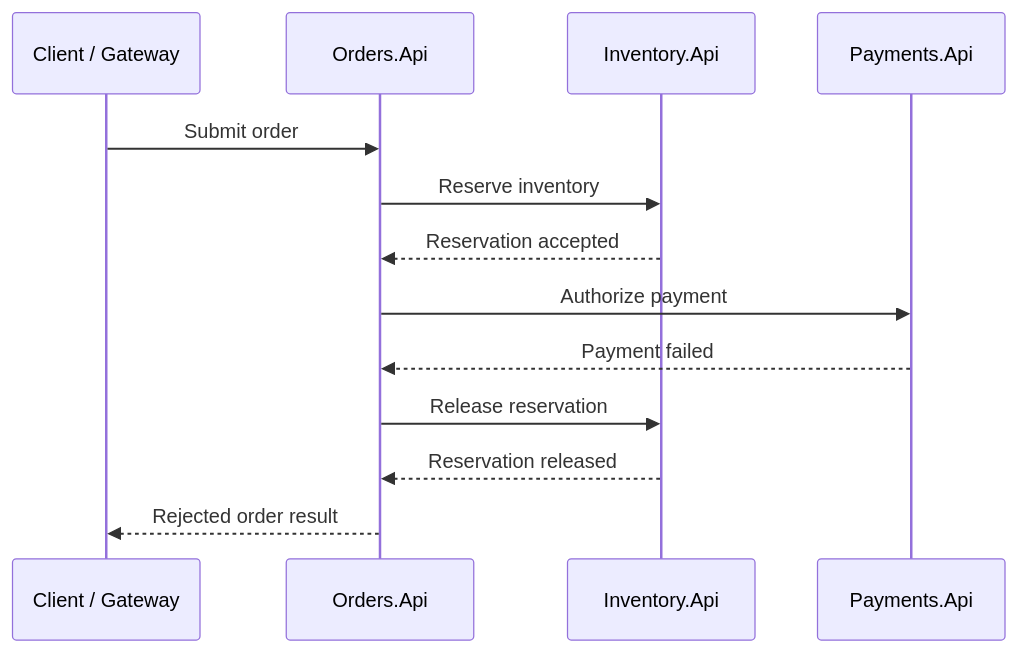
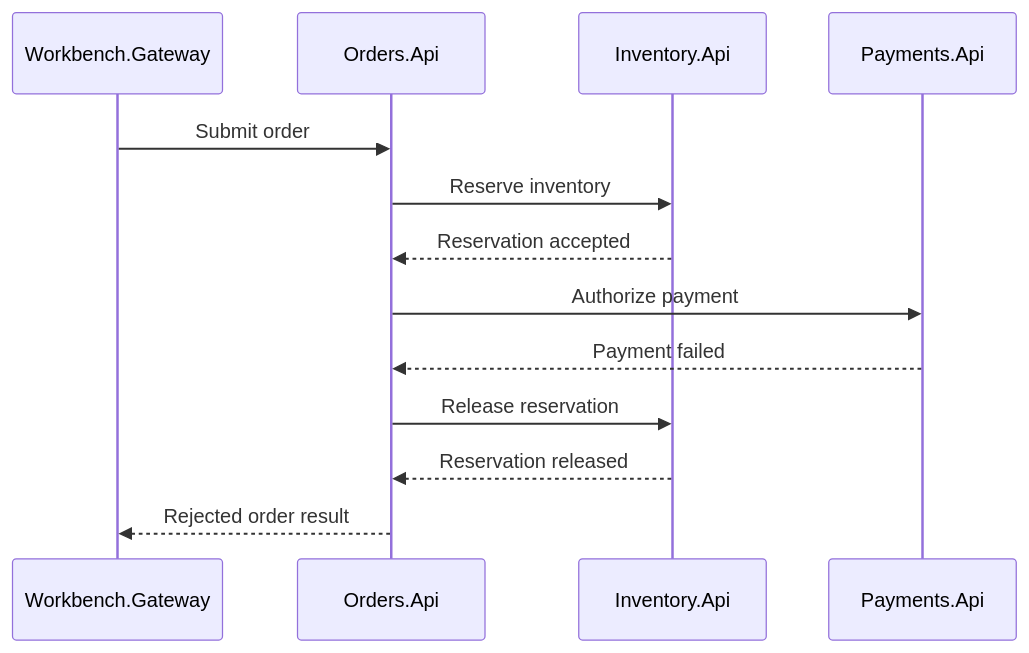
The third of 3 diagrams in docs/02-microservices-design.md (petesramek/microservices-vs-virtual-actors), drawn with Mermaid before and after one commit. The commit also changed other lines of this file and 39 other files, not shown here.

````diff
--- a/docs/02-microservices-design.md
+++ b/docs/02-microservices-design.md
@@ -79,16 +76,16 @@
 ```mermaid
 sequenceDiagram
-    participant Client as Client / Gateway
+    participant Gateway as Workbench.Gateway
     participant Orders as Orders.Api
     participant Inventory as Inventory.Api
     participant Payments as Payments.Api
 
-    Client->>Orders: Submit order
+    Gateway->>Orders: Submit order
     Orders->>Inventory: Reserve inventory
     Inventory-->>Orders: Reservation accepted
     Orders->>Payments: Authorize payment
     Payments-->>Orders: Payment failed
     Orders->>Inventory: Release reservation
     Inventory-->>Orders: Reservation released
-    Orders-->>Client: Rejected order result
+    Orders-->>Gateway: Rejected order result
 ```
````
